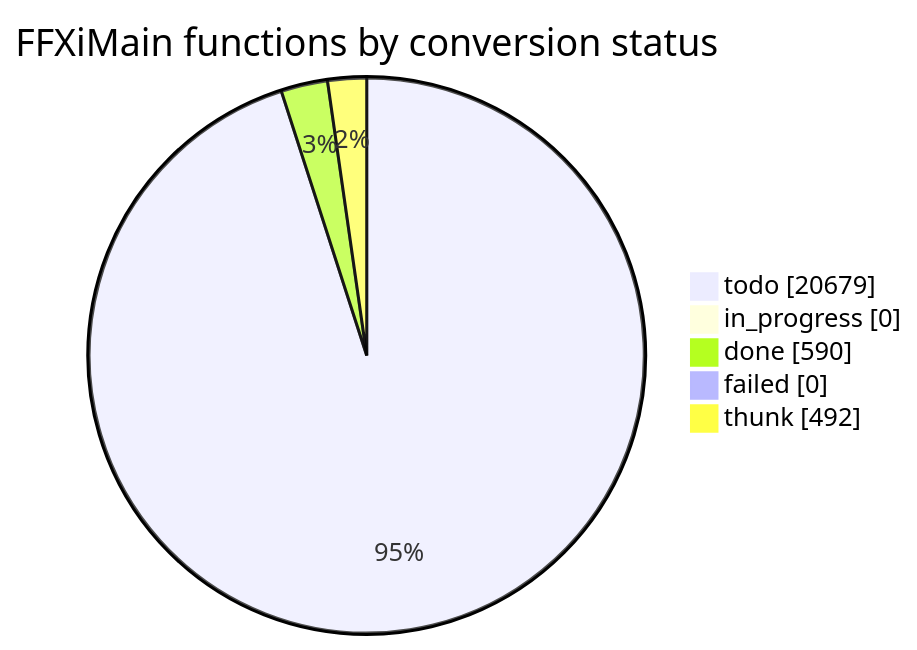
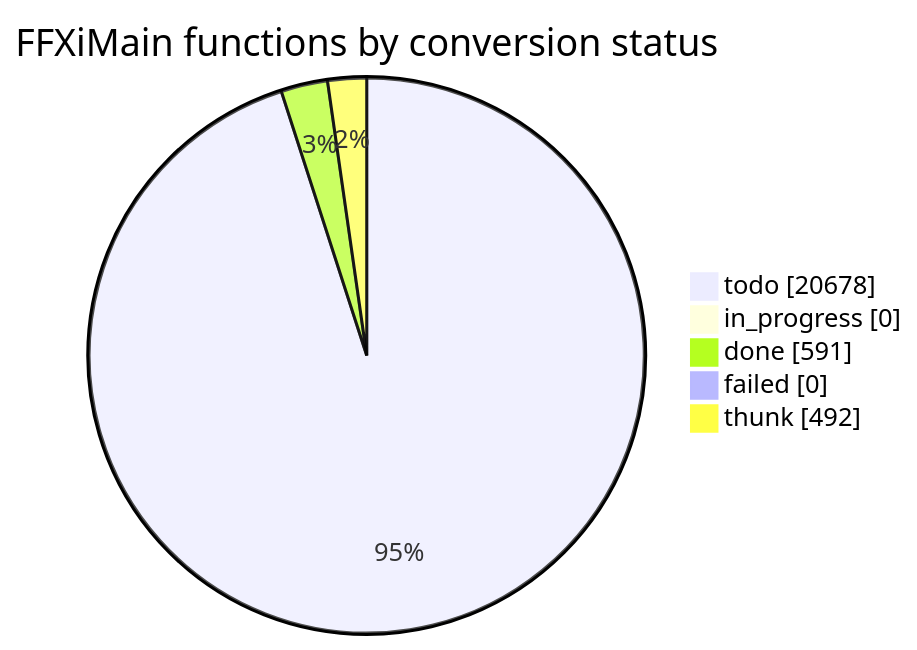
One commit to cowrevenge/cow_kuluu_xi_anything changed the diagram in docs/cow/STATUS.md. Above: the diagram before and after it, drawn with Mermaid. The commit also changed other lines of this file and 9 other files, not shown here.

````diff
--- a/docs/cow/STATUS.md
+++ b/docs/cow/STATUS.md
@@ -18,9 +18,9 @@
 ```mermaid
 pie showData
     title FFXiMain functions by conversion status
-    "todo" : 20679
+    "todo" : 20678
     "in_progress" : 0
-    "done" : 590
+    "done" : 591
     "failed" : 0
     "thunk" : 492
 ```
````
